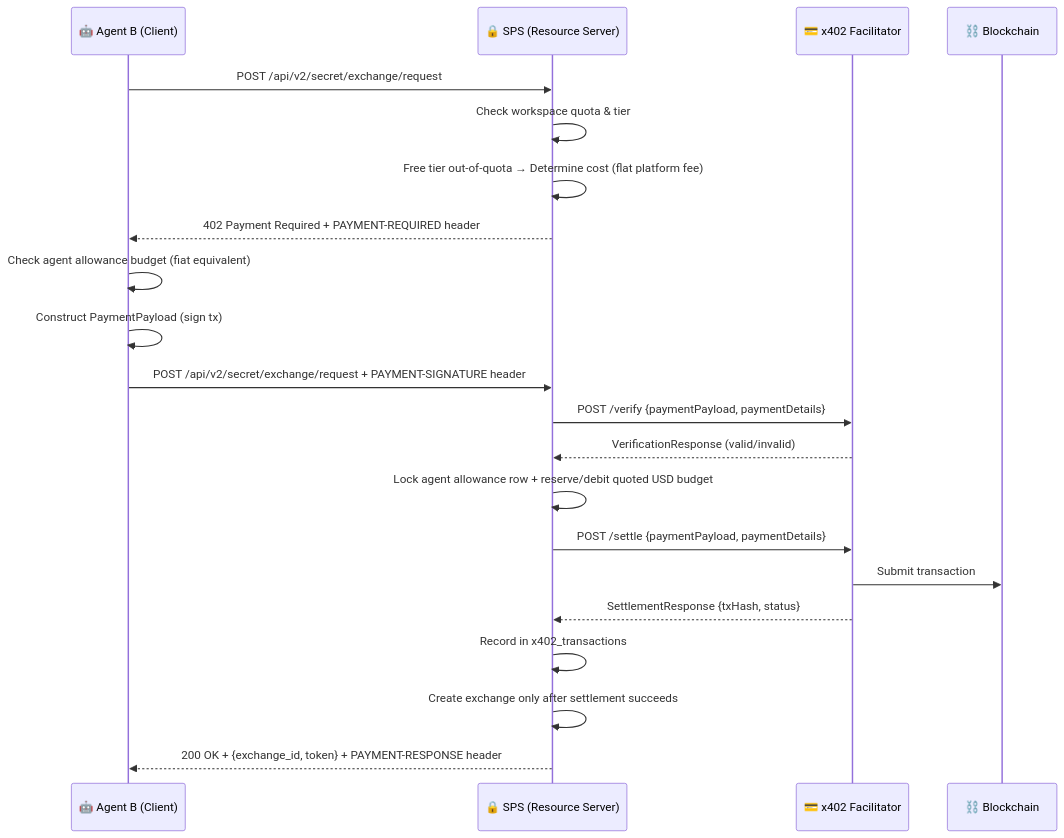
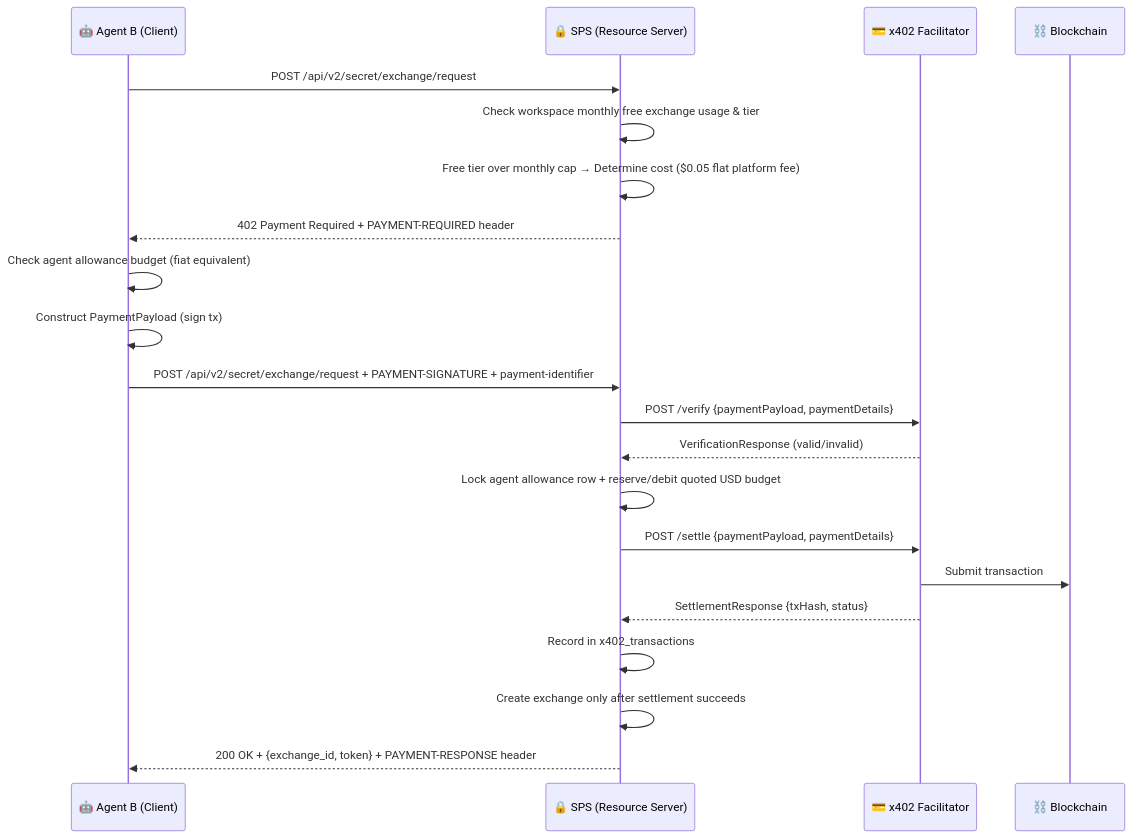
Before and after one commit to atas-tech/agent-kryptos: the diagram in docs/architecture/Phase 3B - UI & Operations.md, drawn with Mermaid. The commit also changed other lines of this file and 22 other files, not shown here.

````diff
--- a/docs/architecture/Phase 3B - UI & Operations.md
+++ b/docs/architecture/Phase 3B - UI & Operations.md
@@ -484,24 +486,24 @@
 ```mermaid
 sequenceDiagram
     participant Agent as 🤖 Agent B (Client)
     participant SPS as 🔒 SPS (Resource Server)
     participant Facilitator as 💳 x402 Facilitator
     participant Chain as ⛓️ Blockchain
 
     Agent->>SPS: POST /api/v2/secret/exchange/request
-    SPS->>SPS: Check workspace quota & tier
-    SPS->>SPS: Free tier out-of-quota → Determine cost (flat platform fee)
+    SPS->>SPS: Check workspace monthly free exchange usage & tier
+    SPS->>SPS: Free tier over monthly cap → Determine cost ($0.05 flat platform fee)
     SPS-->>Agent: 402 Payment Required + PAYMENT-REQUIRED header
     Agent->>Agent: Check agent allowance budget (fiat equivalent)
     Agent->>Agent: Construct PaymentPayload (sign tx)
-    Agent->>SPS: POST /api/v2/secret/exchange/request + PAYMENT-SIGNATURE header
+    Agent->>SPS: POST /api/v2/secret/exchange/request + PAYMENT-SIGNATURE + payment-identifier
     SPS->>Facilitator: POST /verify {paymentPayload, paymentDetails}
     Facilitator-->>SPS: VerificationResponse (valid/invalid)
     SPS->>SPS: Lock agent allowance row + reserve/debit quoted USD budget
     SPS->>Facilitator: POST /settle {paymentPayload, paymentDetails}
     Facilitator->>Chain: Submit transaction
     Facilitator-->>SPS: SettlementResponse {txHash, status}
     SPS->>SPS: Record in x402_transactions
     SPS->>SPS: Create exchange only after settlement succeeds
     SPS-->>Agent: 200 OK + {exchange_id, token} + PAYMENT-RESPONSE header
 ```
````
